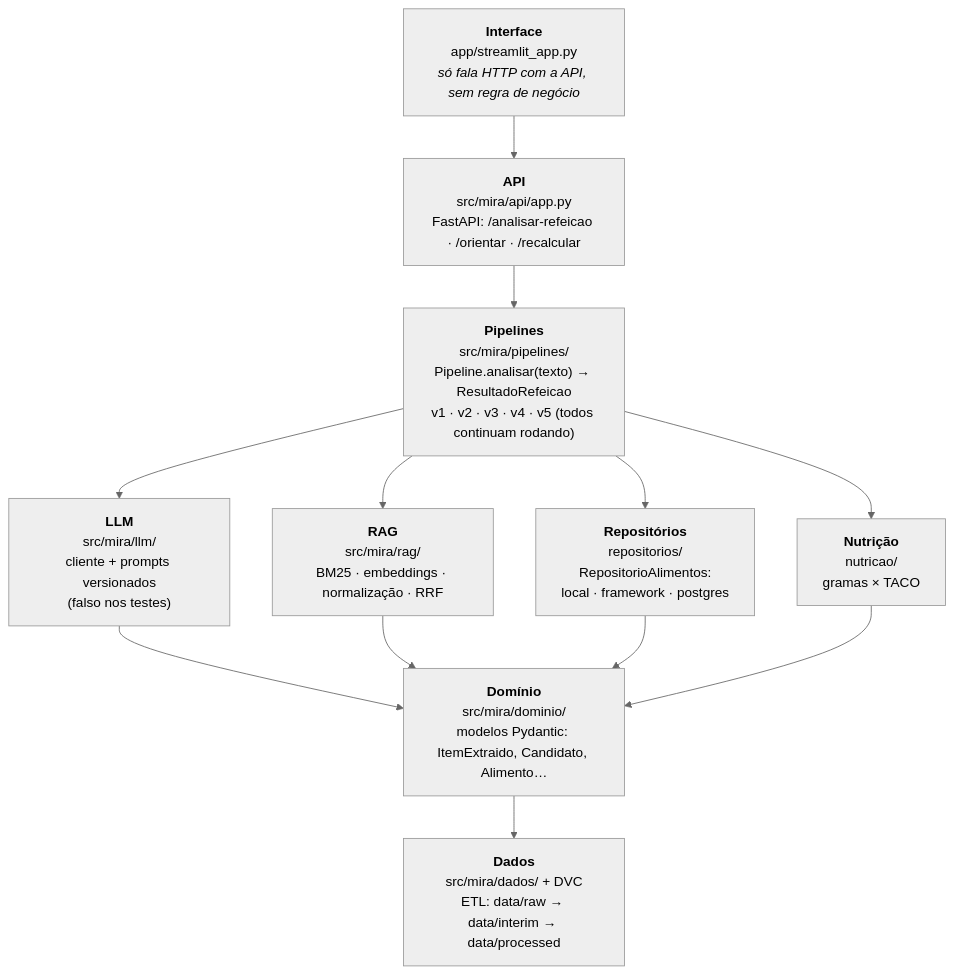
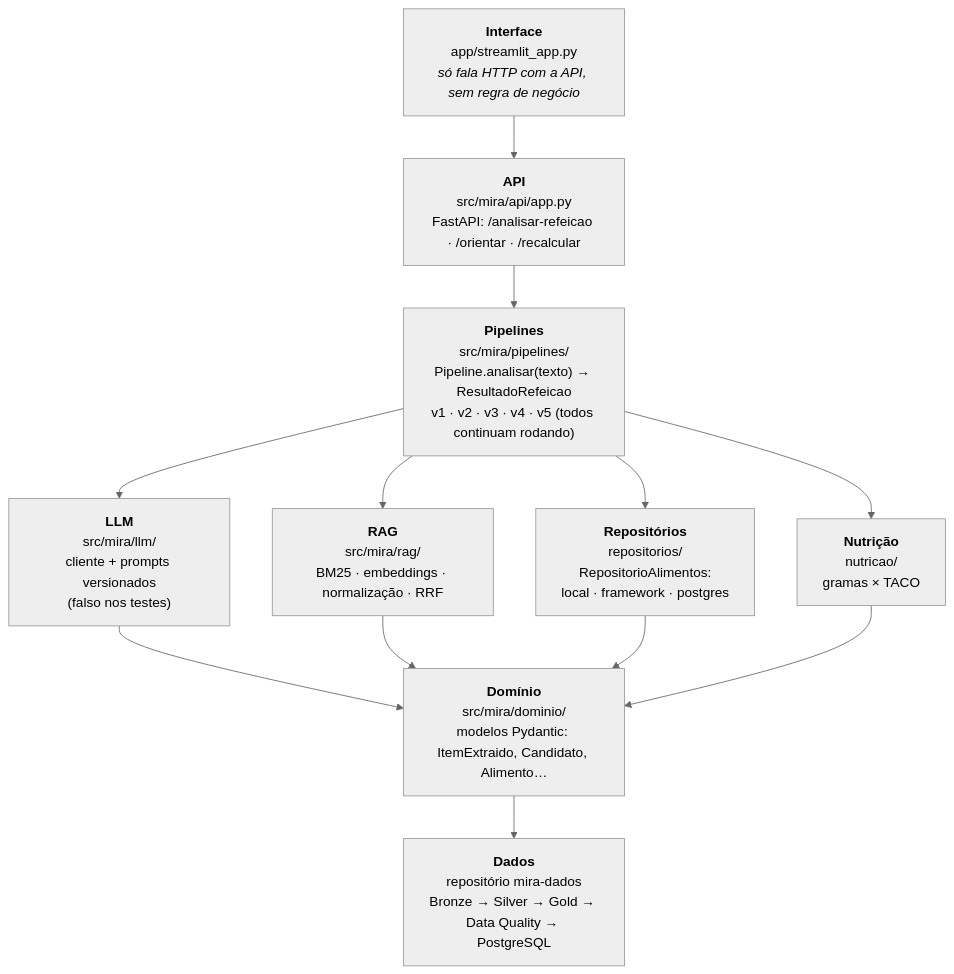
One commit to residencia-ia-Challenge-2/documentacao changed the diagram in docs/architecture/index.md. Above: the diagram before and after it, drawn with Mermaid (neutral theme). The commit also changed other lines of this file and 17 other files, not shown here.

First line of the commit message:
docs: adiciona página de escopo e alinha documentação de dados ao mira-dados

````diff
--- a/docs/architecture/index.md
+++ b/docs/architecture/index.md
@@ -7,17 +7,17 @@
 ```mermaid
 flowchart TB
     UI["<b>Interface</b><br/>app/streamlit_app.py<br/><i>só fala HTTP com a API, sem regra de negócio</i>"]
     API["<b>API</b><br/>src/mira/api/app.py<br/>FastAPI: /analisar-refeicao · /orientar · /recalcular"]
     PIPE["<b>Pipelines</b><br/>src/mira/pipelines/<br/>Pipeline.analisar(texto) → ResultadoRefeicao<br/>v1 · v2 · v3 · v4 · v5 (todos continuam rodando)"]
     LLM["<b>LLM</b><br/>src/mira/llm/<br/>cliente + prompts versionados<br/>(falso nos testes)"]
     RAG["<b>RAG</b><br/>src/mira/rag/<br/>BM25 · embeddings · normalização · RRF"]
     REPO["<b>Repositórios</b><br/>repositorios/<br/>RepositorioAlimentos:<br/>local · framework · postgres"]
     NUT["<b>Nutrição</b><br/>nutricao/<br/>gramas × TACO"]
     DOM["<b>Domínio</b><br/>src/mira/dominio/<br/>modelos Pydantic: ItemExtraido, Candidato, Alimento…"]
-    DADOS["<b>Dados</b><br/>src/mira/dados/ + DVC<br/>ETL: data/raw → data/interim → data/processed"]
+    DADOS["<b>Dados</b><br/>repositório mira-dados<br/>Bronze → Silver → Gold → Data Quality → PostgreSQL"]
 
     UI --> API --> PIPE
     PIPE --> LLM & RAG & REPO & NUT
     LLM & RAG & REPO & NUT --> DOM
     DOM --> DADOS
 ```
````
